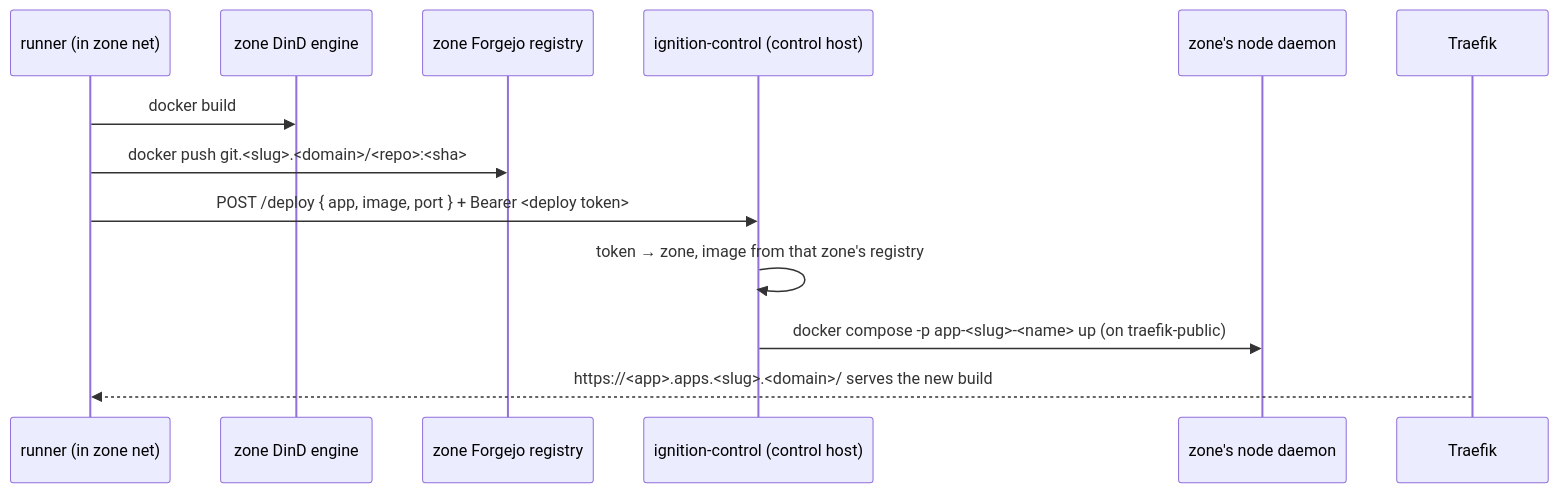
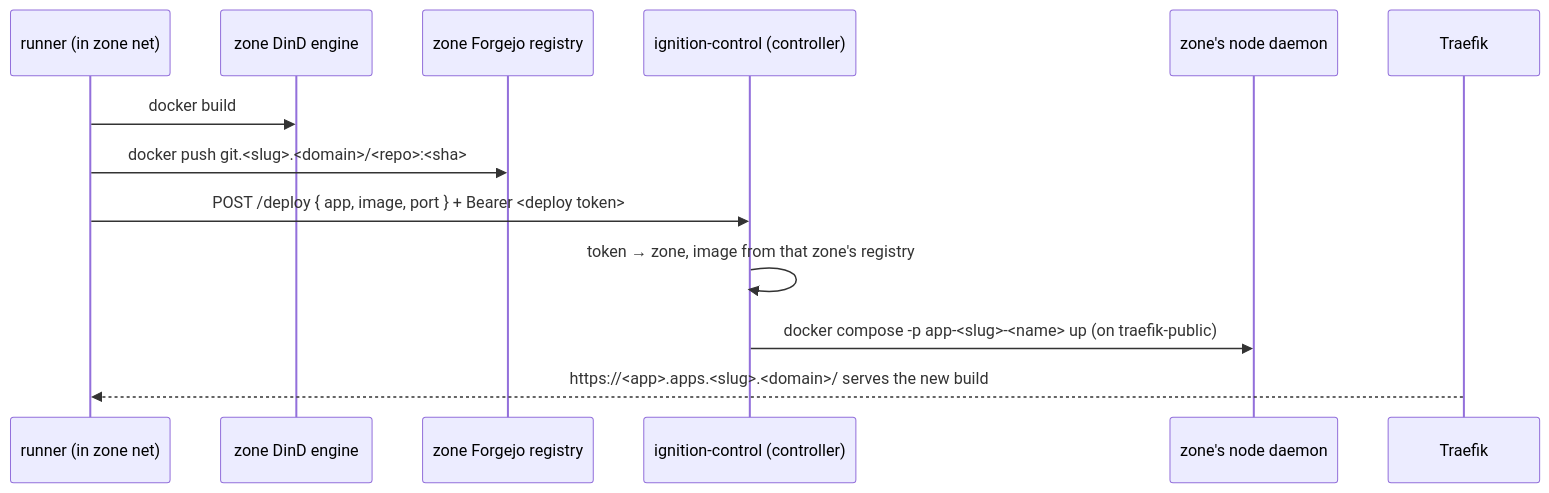
The fourth of 4 diagrams in docs/architecture.md (johnjoeallen/ignition), drawn with Mermaid before and after one commit. The commit also changed other lines of this file and 7 other files, not shown here.

First line of the commit message:
docs: adopt the single-front-door model as the architecture

````diff
--- a/docs/architecture.md
+++ b/docs/architecture.md
@@ -167,16 +172,16 @@
 ```mermaid
 sequenceDiagram
     participant CI as runner (in zone net)
     participant DinD as zone DinD engine
     participant Reg as zone Forgejo registry
-    participant Ctl as ignition-control (control host)
+    participant Ctl as ignition-control (controller)
     participant Node as zone's node daemon
     participant Traefik
 
     CI->>DinD: docker build
     CI->>Reg: docker push git.<slug>.<domain>/<repo>:<sha>
     CI->>Ctl: POST /deploy  { app, image, port }  + Bearer <deploy token>
     Ctl->>Ctl: token → zone, image from that zone's registry
     Ctl->>Node: docker compose -p app-<slug>-<name> up  (on traefik-public)
     Traefik-->>CI: https://<app>.apps.<slug>.<domain>/ serves the new build
 ```
````
